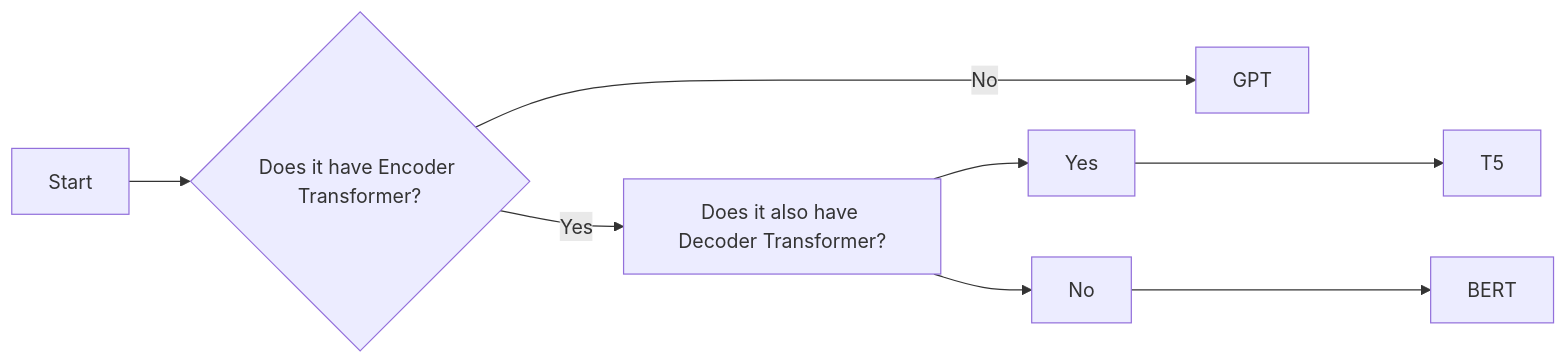
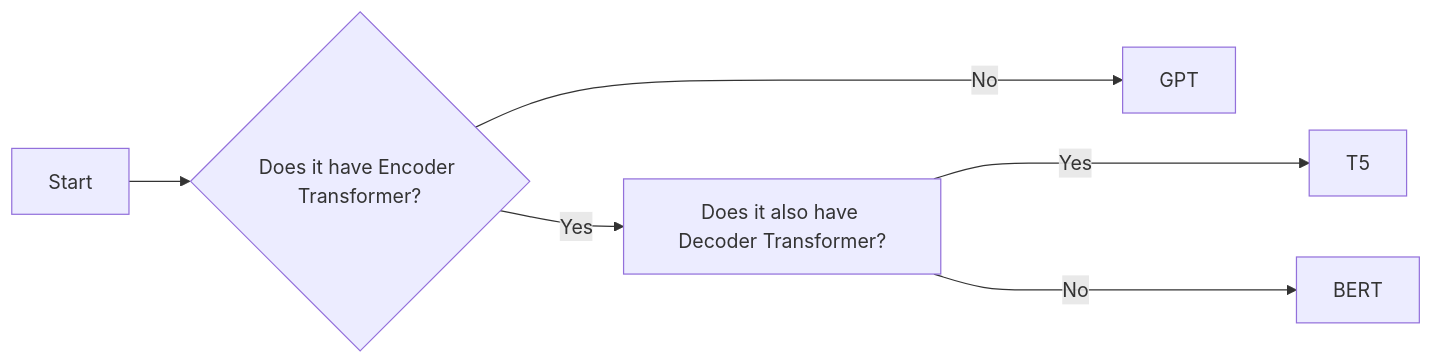
The diagram in README.md (yancong222/scriptscz), drawn with Mermaid before and after one commit.

````diff
--- a/README.md
+++ b/README.md
@@ -3,12 +3,12 @@
 ```mermaid
 flowchart LR
     A[Start] --> B{Does it have Encoder Transformer?}
     B -- Yes --> C[Does it also have Decoder Transformer?]
-    C --> Yes ----> D[T5]
-    C --> No ----> E[BERT]
+    C -- Yes ----> D[T5]
+    C -- No ----> E[BERT]
     B -- No ----> F[GPT]
     click A "https://github.com/yancong222/scriptscz/blob/main/perplexity/ed_perplexity.py" _blank
     click B "http://www.github.com" "Open this in a new tab" _blank
     click C href "http://www.github.com" _blank
     click D href "http://www.github.com" "Open this in a new tab" _blank
 ```
````
